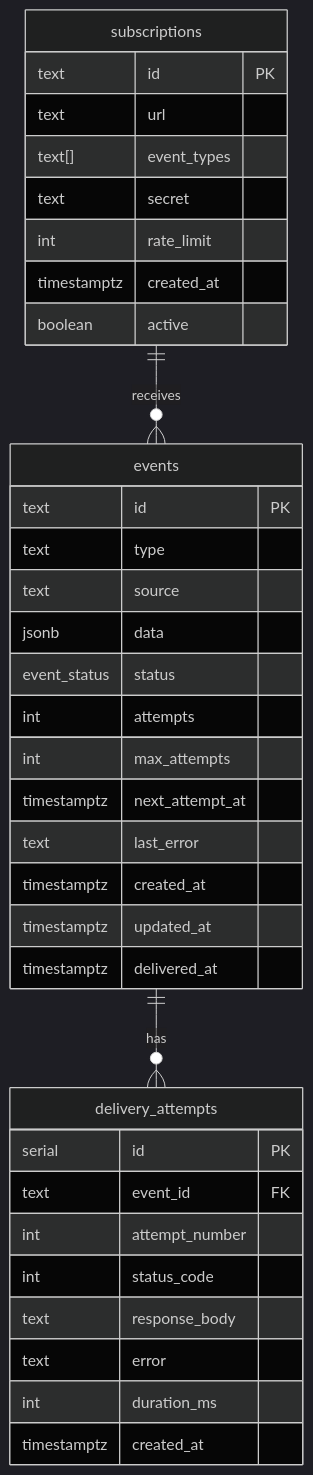
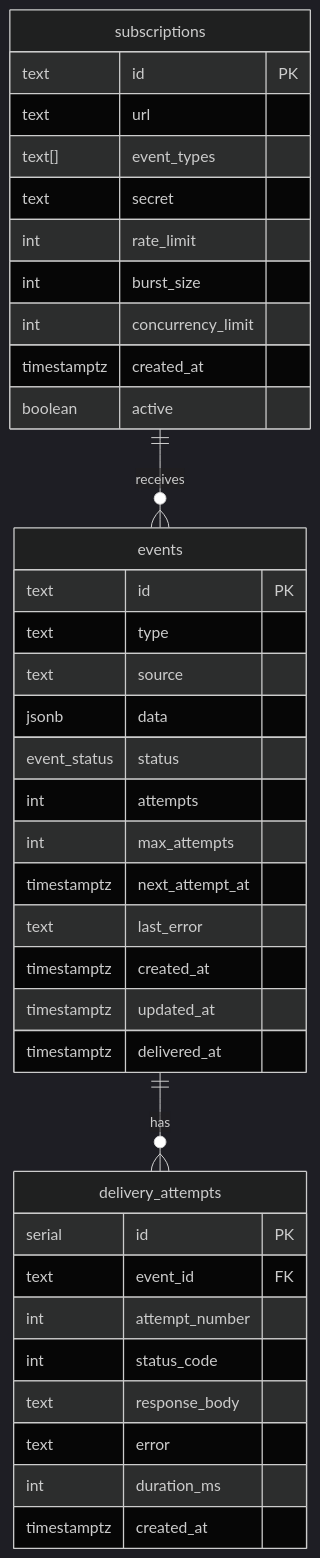
Before and after one commit to felipepmaragno/webhook-service: the third of 13 diagrams in docs/architecture.md, drawn with Mermaid (dark theme). The commit also changed other lines of this file and 19 other files, not shown here.

````diff
--- a/docs/architecture.md
+++ b/docs/architecture.md
@@ -110,41 +110,43 @@
 ```mermaid
 erDiagram
     events ||--o{ delivery_attempts : has
     subscriptions ||--o{ events : receives
 
     events {
         text id PK
         text type
         text source
         jsonb data
         event_status status
         int attempts
         int max_attempts
         timestamptz next_attempt_at
         text last_error
         timestamptz created_at
         timestamptz updated_at
         timestamptz delivered_at
     }
 
     delivery_attempts {
         serial id PK
         text event_id FK
         int attempt_number
         int status_code
         text response_body
         text error
         int duration_ms
         timestamptz created_at
     }
 
     subscriptions {
         text id PK
         text url
         text[] event_types
         text secret
         int rate_limit
+        int burst_size
+        int concurrency_limit
         timestamptz created_at
         boolean active
     }
 ```
````
